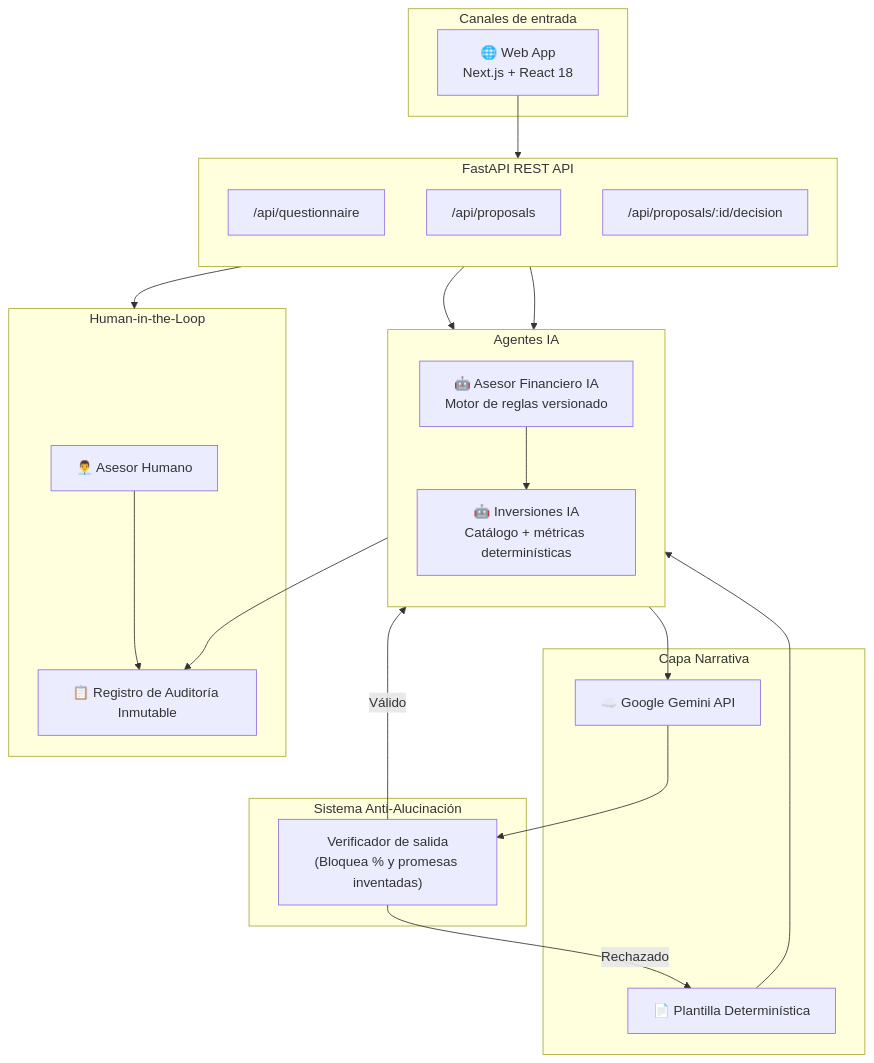
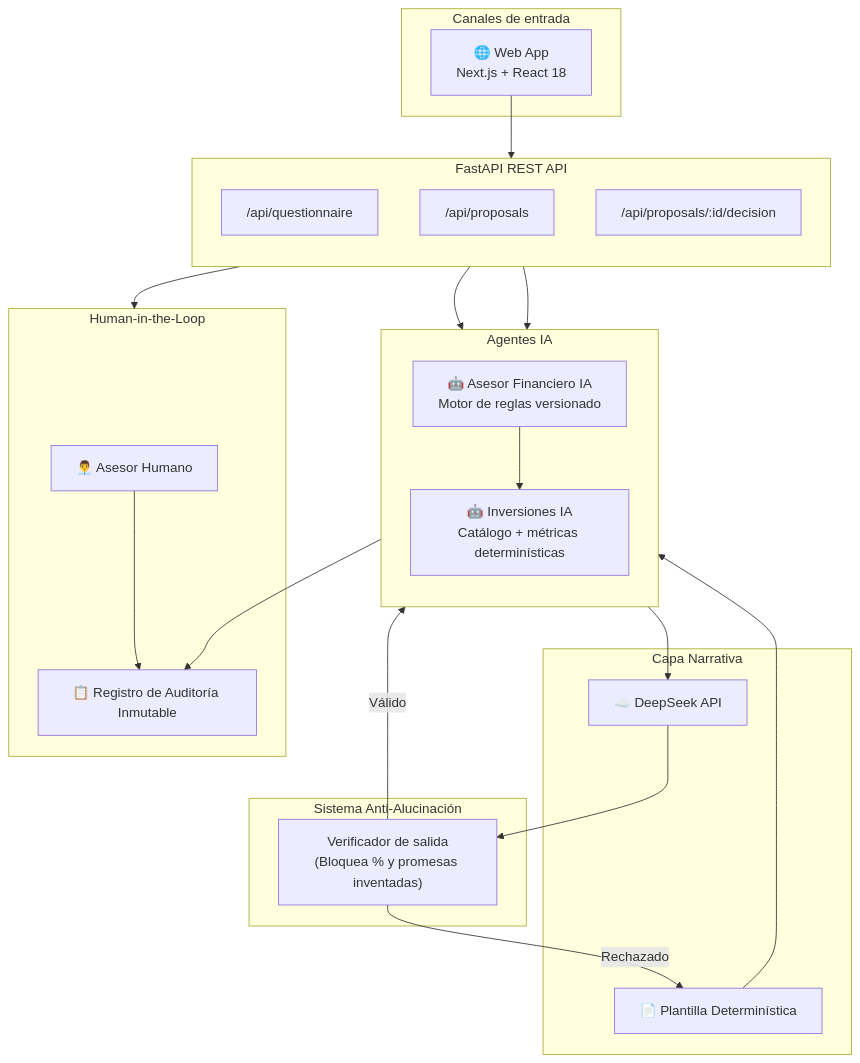
The diagram in docs/agente.md (marcado993/retoIA-taws), drawn with Mermaid before and after one commit. The commit also changed other lines of this file and 20 other files, not shown here.

````diff
--- a/docs/agente.md
+++ b/docs/agente.md
@@ -22,48 +22,48 @@
 ```mermaid
 flowchart TB
     subgraph CANALES["Canales de entrada"]
         WEB["🌐 Web App<br/>Next.js + React 18"]
     end
 
     subgraph API["FastAPI REST API"]
         direction TB
         EP_Q["/api/questionnaire"]
         EP_P["/api/proposals"]
         EP_D["/api/proposals/:id/decision"]
     end
 
     subgraph AGENTES["Agentes IA"]
         direction TB
         AG1["🤖 Asesor Financiero IA<br/>Motor de reglas versionado"]
         AG2["🤖 Inversiones IA<br/>Catálogo + métricas determinísticas"]
     end
 
     subgraph LLM["Capa Narrativa"]
-        GEMINI["☁️ Google Gemini API"]
+        GEMINI["☁️ DeepSeek API"]
         FALLBACK["📄 Plantilla Determinística"]
     end
 
     subgraph VERIFICACION["Sistema Anti-Alucinación"]
         V1["Verificador de salida<br/>(Bloquea % y promesas inventadas)"]
     end
 
     subgraph HITL["Human-in-the-Loop"]
         ASESOR["👨‍💼 Asesor Humano"]
         AUDIT["📋 Registro de Auditoría Inmutable"]
     end
 
     WEB --> API
     EP_Q --> AG1
     EP_P --> AG1
     AG1 --> AG2
     EP_D --> HITL
 
     AG2 --> GEMINI
     GEMINI --> V1
     V1 -->|Válido| AG2
     V1 -->|Rechazado| FALLBACK
     FALLBACK --> AG2
 
     ASESOR --> AUDIT
     AG2 --> AUDIT
 ```
````
